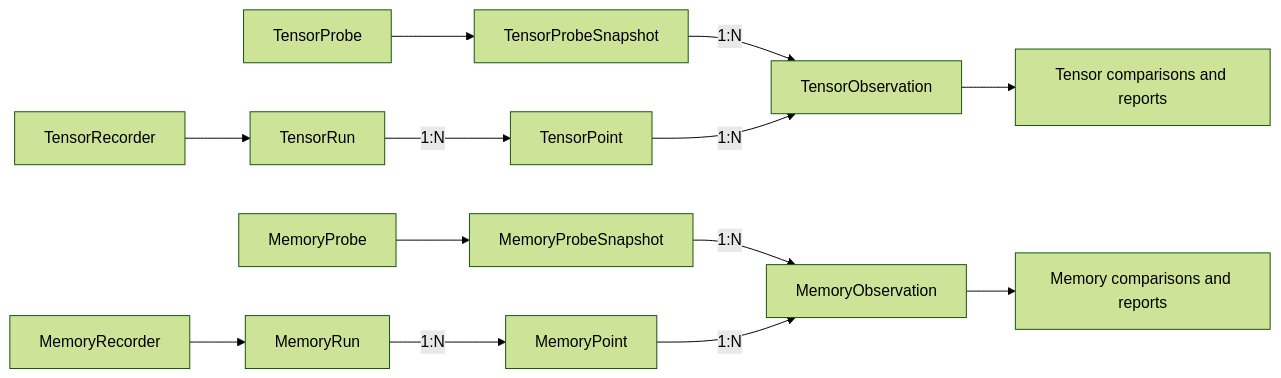
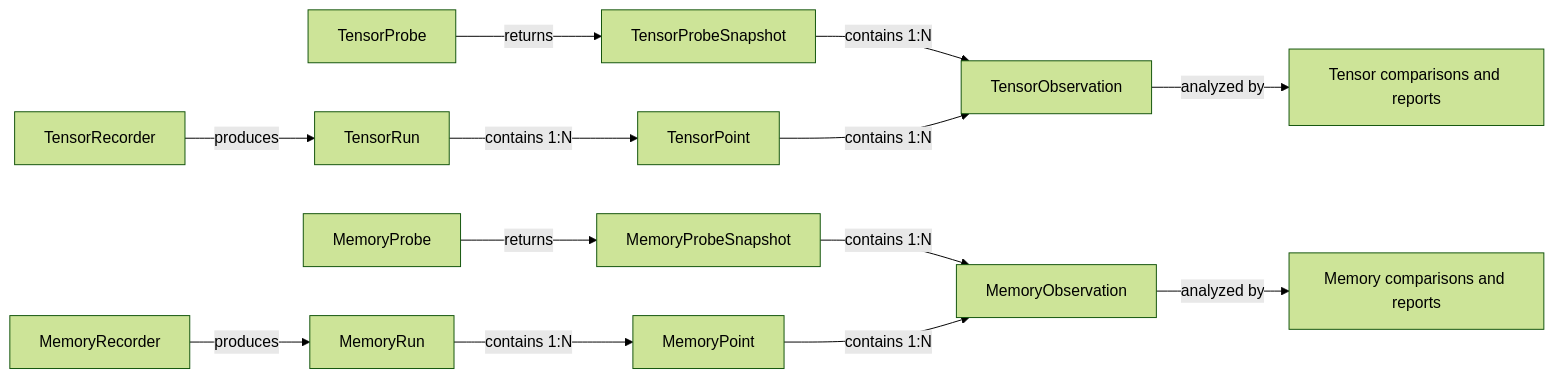
The second of 3 diagrams in docs/architecture.md (buptzyb/torch-cudagraph-debug), drawn with Mermaid (forest theme) before and after one commit. The commit also changed other lines of this file and 11 other files, not shown here.

````diff
--- a/docs/architecture.md
+++ b/docs/architecture.md
@@ -73,16 +73,16 @@
 ```mermaid
 flowchart LR
-    TProbe["TensorProbe"] --> TS["TensorProbeSnapshot"]
-    TS -->|1:N| TO["TensorObservation"]
-    TR["TensorRecorder"] --> TRun["TensorRun"]
-    TRun -->|1:N| TPoint["TensorPoint"]
-    TPoint -->|1:N| TO
-    TO --> TC["Tensor comparisons and reports"]
+    TProbe["TensorProbe"] -->|returns| TS["TensorProbeSnapshot"]
+    TS -->|contains 1:N| TO["TensorObservation"]
+    TR["TensorRecorder"] -->|produces| TRun["TensorRun"]
+    TRun -->|contains 1:N| TPoint["TensorPoint"]
+    TPoint -->|contains 1:N| TO
+    TO -->|analyzed by| TC["Tensor comparisons and reports"]
 
-    MProbe["MemoryProbe"] --> MS["MemoryProbeSnapshot"]
-    MS -->|1:N| MO["MemoryObservation"]
-    MR["MemoryRecorder"] --> MRun["MemoryRun"]
-    MRun -->|1:N| MPoint["MemoryPoint"]
-    MPoint -->|1:N| MO
-    MO --> MC["Memory comparisons and reports"]
+    MProbe["MemoryProbe"] -->|returns| MS["MemoryProbeSnapshot"]
+    MS -->|contains 1:N| MO["MemoryObservation"]
+    MR["MemoryRecorder"] -->|produces| MRun["MemoryRun"]
+    MRun -->|contains 1:N| MPoint["MemoryPoint"]
+    MPoint -->|contains 1:N| MO
+    MO -->|analyzed by| MC["Memory comparisons and reports"]
 ```
````
